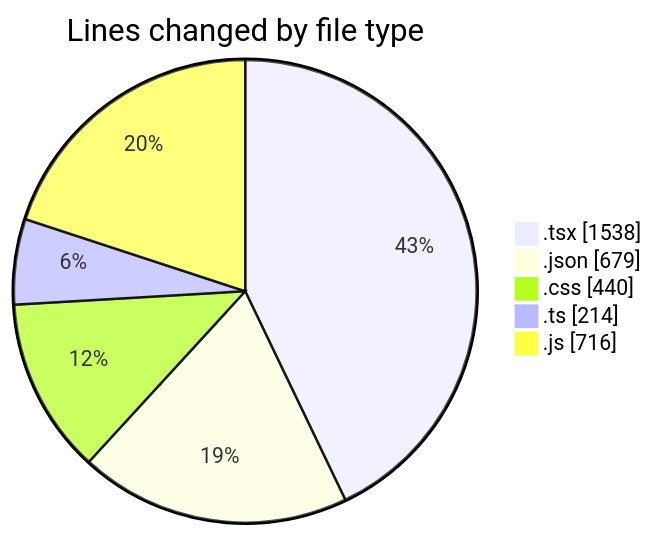
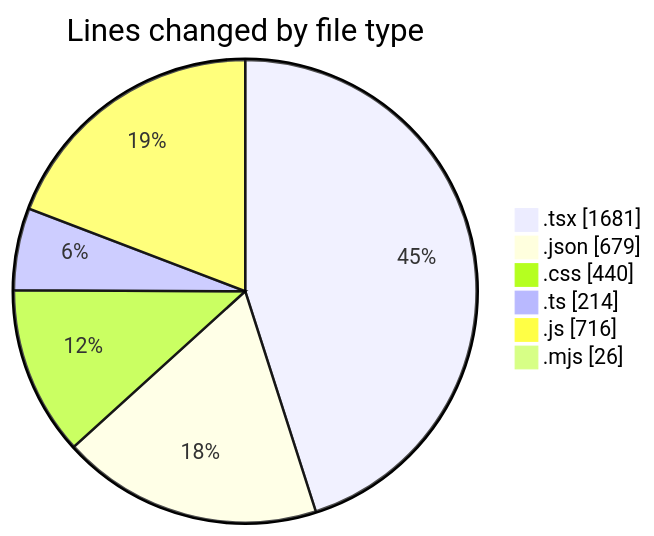
One commit to Elitesun/code-tracking changed the first of 2 diagrams in 2025-05-04/niten/README.md. Above: the diagram before and after it, drawn with Mermaid. The commit also changed other lines of this file and 1 other file, not shown here.

````diff
--- a/2025-05-04/niten/README.md
+++ b/2025-05-04/niten/README.md
@@ -51,9 +53,10 @@
 ```mermaid
 pie showData
 title Lines changed by file type
-".tsx" : 1538
+".tsx" : 1681
 ".json" : 679
 ".css" : 440
 ".ts" : 214
 ".js" : 716
+".mjs" : 26
 ```
````
